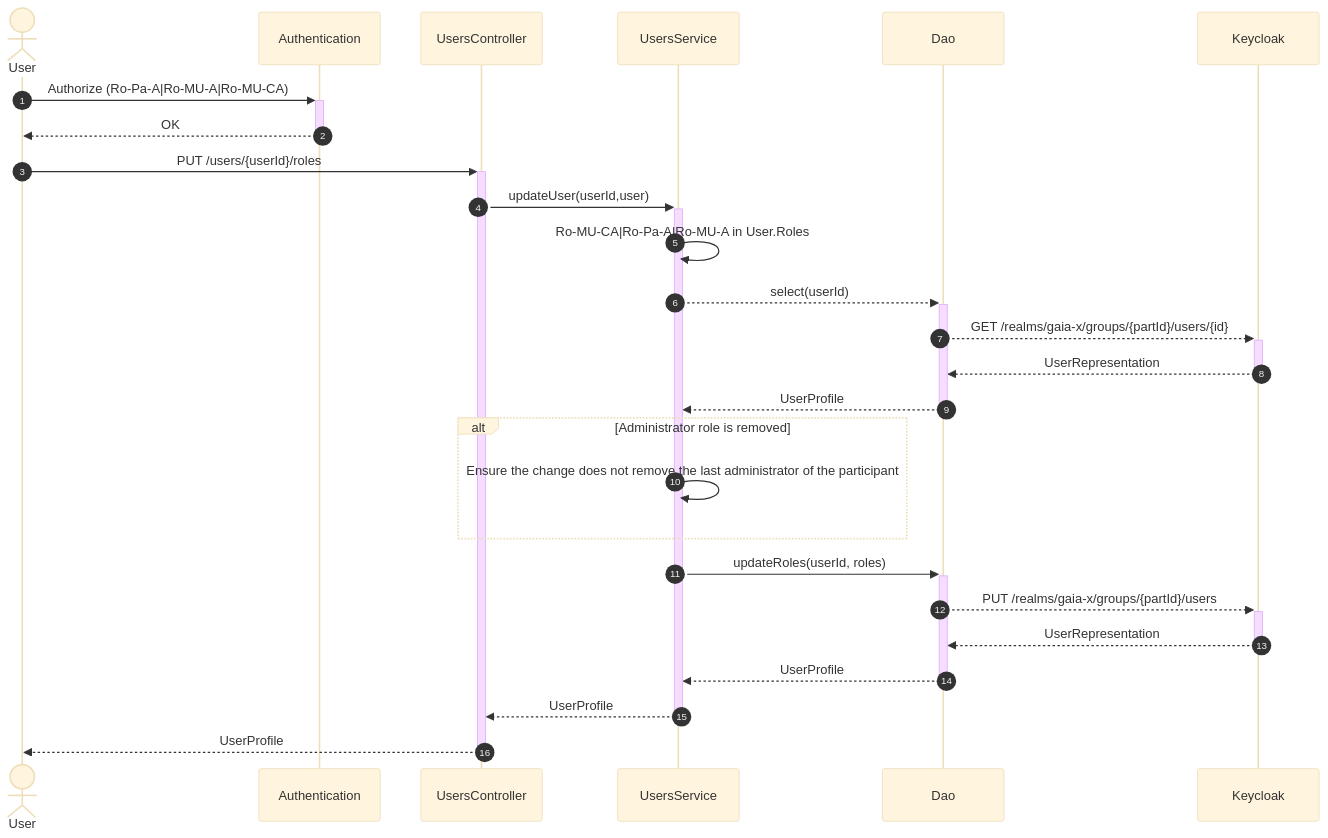
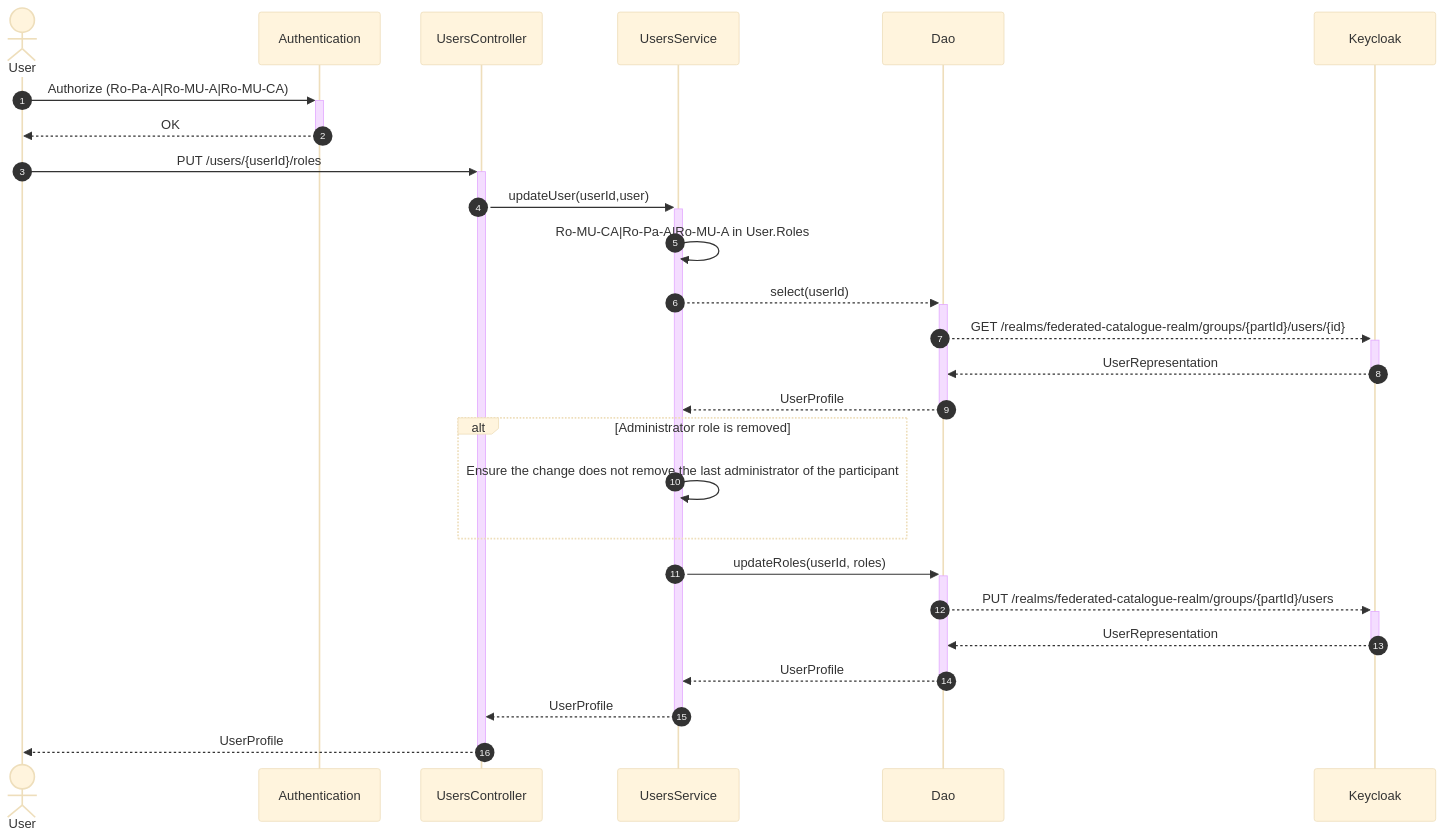
One commit to eclipse-xfsc/docs changed diagram 12 of 44 in federated-catalogue/src/docs/architecture/chapters/06_runtime_view.adoc. Above: the diagram before and after it, drawn with Mermaid (base theme). The commit also changed other lines of this file and 1 other file, not shown here.

First line of the commit message:
docs(arc42): Correct Keycloak realm and clarify user management authorization (#39)

```diff
--- a/federated-catalogue/src/docs/architecture/chapters/06_runtime_view.adoc
+++ b/federated-catalogue/src/docs/architecture/chapters/06_runtime_view.adoc
@@ -443,36 +443,36 @@
 [mermaid, width=2000]
 ....
 sequenceDiagram
     autonumber
     actor User
     participant Auth as Authentication
 
     participant API as UsersController
     participant service as UsersService
     participant dao as Dao
     participant keycloak as Keycloak
 
     User ->> + Auth:Authorize (Ro-Pa-A|Ro-MU-A|Ro-MU-CA)
     Auth -->> - User:OK
 
     User ->> + API:PUT /users/{userId}/roles
 
     API ->> + service: updateUser(userId,user)
     service ->> service: Ro-MU-CA|Ro-Pa-A|Ro-MU-A in User.Roles
     service -->> + dao: select(userId)
-    dao -->> + keycloak: GET /realms/gaia-x/groups/{partId}/users/{id}
+    dao -->> + keycloak: GET /realms/federated-catalogue-realm/groups/{partId}/users/{id}
     keycloak -->> - dao: UserRepresentation
     dao -->> - service: UserProfile
 
     alt Administrator role is removed
     service ->> service: Ensure the change does not remove the last administrator of the participant
     end
 
     service ->> + dao: updateRoles(userId, roles)
-    dao -->> + keycloak: PUT /realms/gaia-x/groups/{partId}/users
+    dao -->> + keycloak: PUT /realms/federated-catalogue-realm/groups/{partId}/users
     keycloak -->> - dao: UserRepresentation
 
     dao -->> - service: UserProfile
     service -->> - API: UserProfile
     API -->> - User: UserProfile
 ....
```
